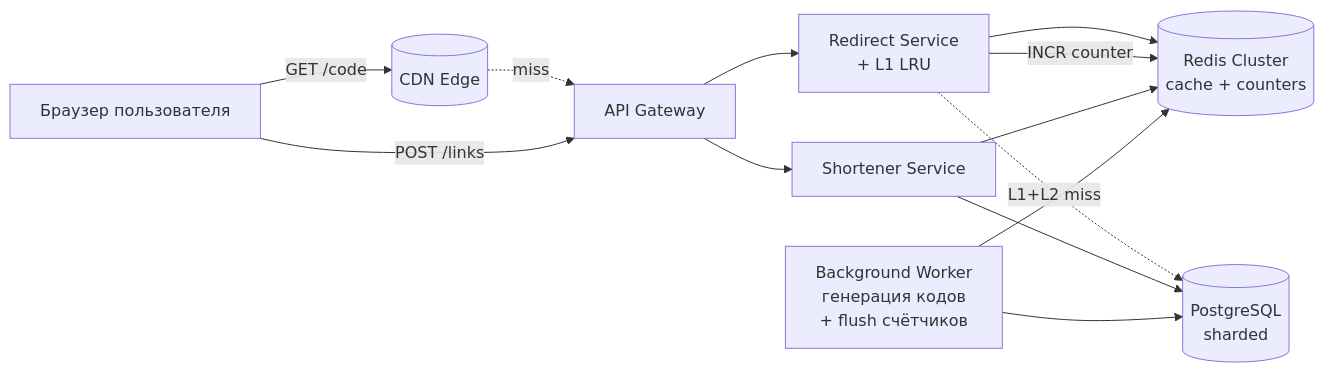
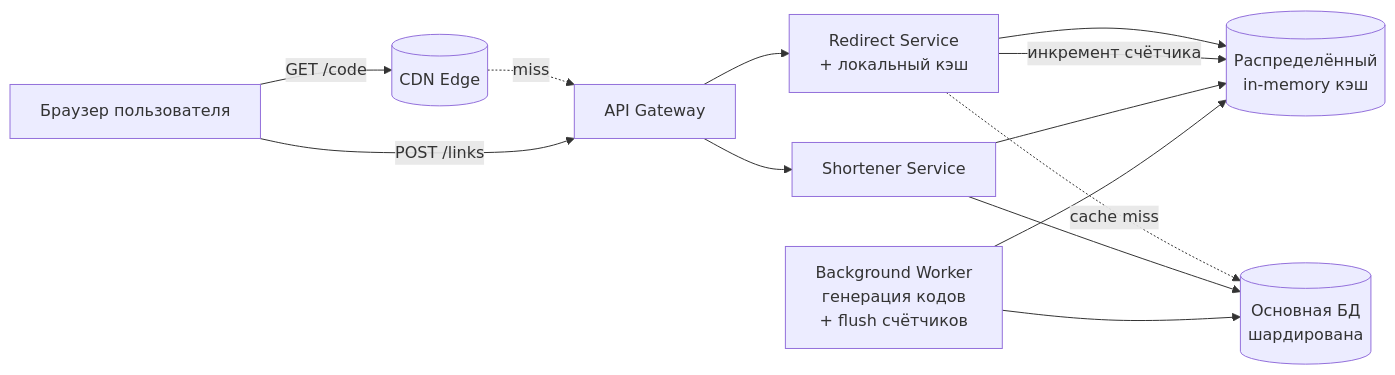
Before and after one commit to f1yToMoon/url_shortener: the first of 9 diagrams in README.md, drawn with Mermaid. The commit also changed other lines of this file, not shown here.

````diff
--- a/README.md
+++ b/README.md
@@ -110,24 +87,24 @@
 ```mermaid
 graph LR
   User[Браузер пользователя]
   CDN[(CDN Edge)]
   GW[API Gateway]
-  R[Redirect Service<br/>+ L1 LRU]
+  R[Redirect Service<br/>+ локальный кэш]
   S[Shortener Service]
-  Redis[(Redis Cluster<br/>cache + counters)]
-  PG[(PostgreSQL<br/>sharded)]
+  KV[(Распределённый<br/>in-memory кэш)]
+  DB[(Основная БД<br/>шардирована)]
   W[Background Worker<br/>генерация кодов<br/>+ flush счётчиков]
 
   User -->|GET /code| CDN
   CDN -.miss.-> GW
   User -->|POST /links| GW
   GW --> R
   GW --> S
-  R --> Redis
-  R -.L1+L2 miss.-> PG
-  R -->|INCR counter| Redis
-  S --> Redis
-  S --> PG
-  W --> Redis
-  W --> PG
+  R --> KV
+  R -.cache miss.-> DB
+  R -->|инкремент счётчика| KV
+  S --> KV
+  S --> DB
+  W --> KV
+  W --> DB
 ```
````
